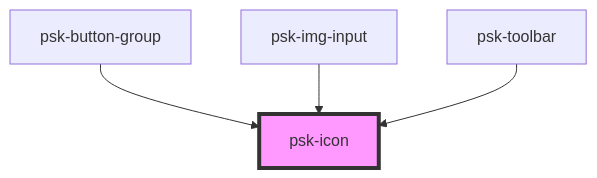
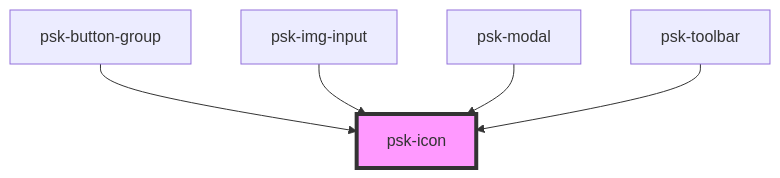
One commit to daniel-visoiu/cardinal changed the diagram in src/components/psk-icon/readme.md. Above: the diagram before and after it, drawn with Mermaid. The commit also changed other lines of this file and 15 other files, not shown here.

Commit message:
added psk-live-code component | integrated Prism.Live library | enhanched psk-modal component (added expanded attribute + footer section) | removed default color for psk-icon for style purposes

````diff
--- a/src/components/psk-icon/readme.md
+++ b/src/components/psk-icon/readme.md
@@ -27,7 +28,8 @@
 ```mermaid
 graph TD;
   psk-button-group --> psk-icon
   psk-img-input --> psk-icon
+  psk-modal --> psk-icon
   psk-toolbar --> psk-icon
   style psk-icon fill:#f9f,stroke:#333,stroke-width:4px
 ```
````
